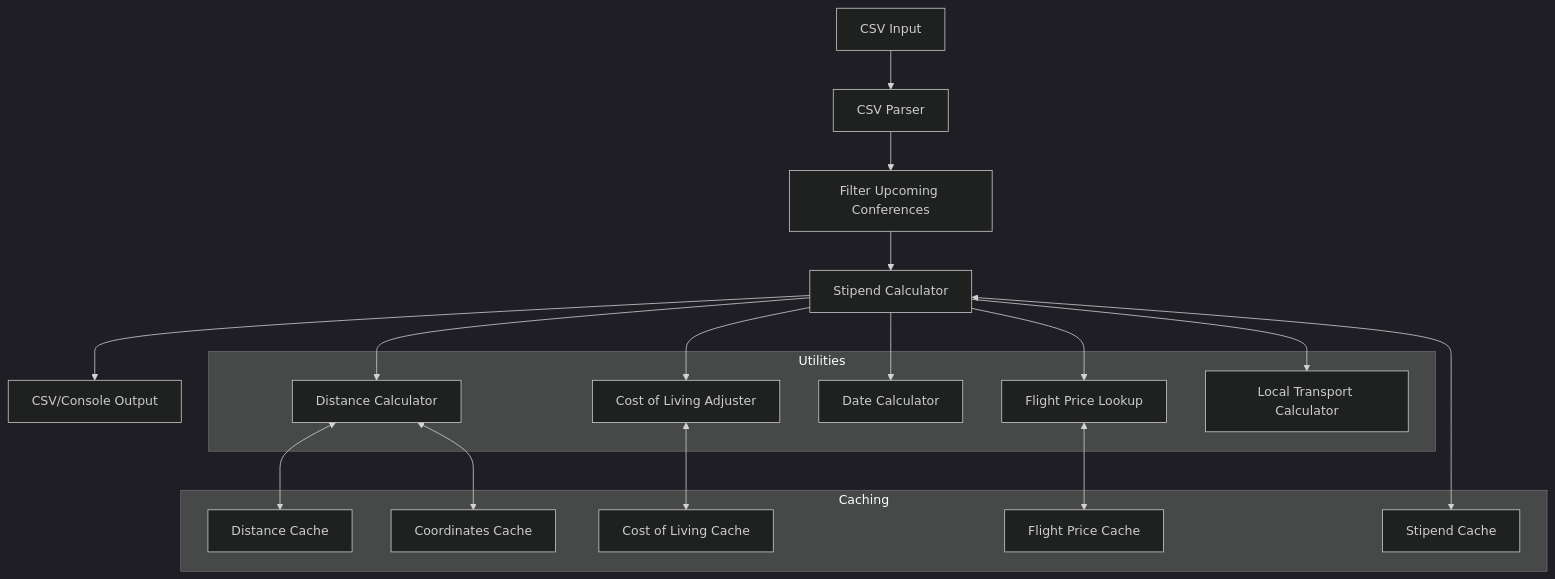
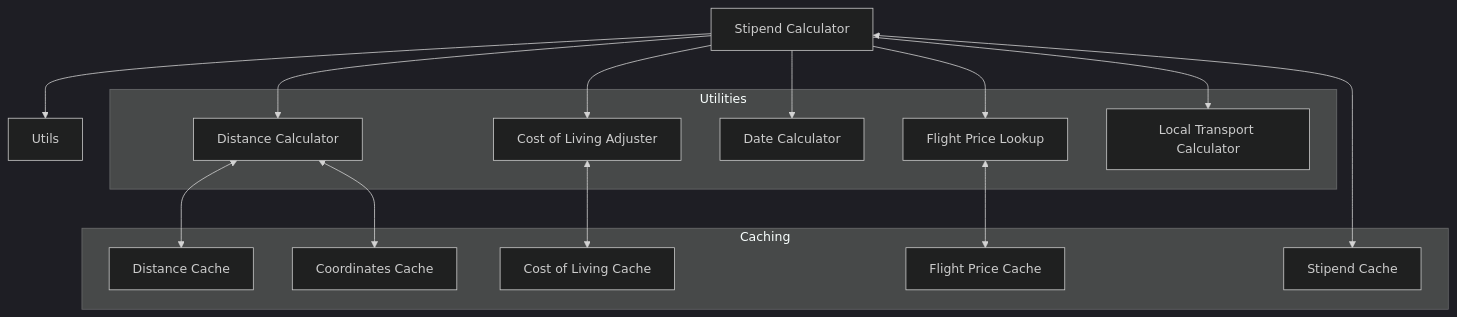
The second of 6 diagrams in docs/system-patterns.md (0x4007/travel-stipend), drawn with Mermaid (dark theme) before and after one commit. The commit also changed other lines of this file and 9 other files, not shown here.

````diff
--- a/docs/system-patterns.md
+++ b/docs/system-patterns.md
@@ -7,35 +36,32 @@
 ```mermaid
-flowchart TD
-    Input[CSV Input] --> Parser[CSV Parser]
-    Parser --> Filter[Filter Upcoming Conferences]
-    Filter --> Calculator[Stipend Calculator]
-    Calculator --> Output[CSV/Console Output]
+graph TD
+    Calculator[Stipend Calculator] --> Utils;
 
     subgraph Utilities
         Distance[Distance Calculator]
         COL[Cost of Living Adjuster]
         Dates[Date Calculator]
         Flights[Flight Price Lookup]
         Transport[Local Transport Calculator]
     end
 
     Calculator --> Distance
     Calculator --> COL
     Calculator --> Dates
     Calculator --> Flights
     Calculator --> Transport
 
     subgraph Caching
         DistCache[Distance Cache]
         COLCache[Cost of Living Cache]
         CoordCache[Coordinates Cache]
         StipendCache[Stipend Cache]
         FlightCache[Flight Price Cache]
     end
 
     Distance <--> DistCache
     COL <--> COLCache
     Distance <--> CoordCache
     Calculator <--> StipendCache
     Flights <--> FlightCache
 ```
````
